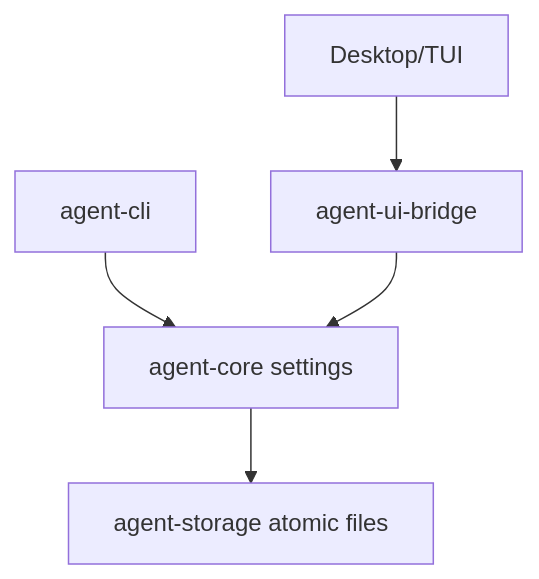
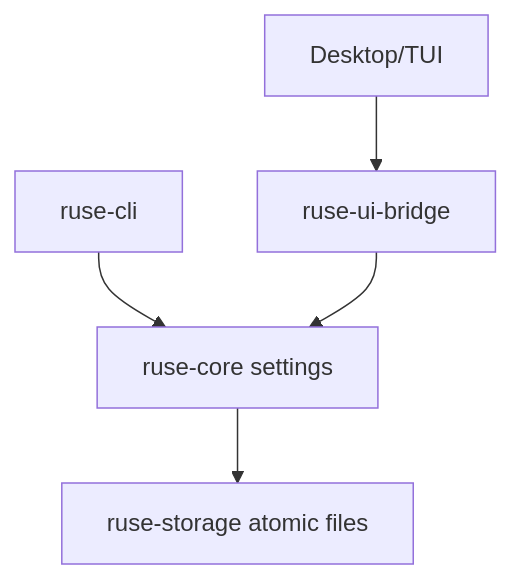
Before and after one commit to poneding/agent: the diagram in docs/specs/M25-01-platform-paths-settings.spec.md, drawn with Mermaid. The commit also changed other lines of this file and 2091 other files, not shown here.

First line of the commit message:
refactor: rename agent branding to ruse

````diff
--- a/docs/specs/M25-01-platform-paths-settings.spec.md
+++ b/docs/specs/M25-01-platform-paths-settings.spec.md
@@ -32,7 +32,7 @@
 ```mermaid
 flowchart TD
-  CLI["agent-cli"] --> Core["agent-core settings"]
-  Desktop["Desktop/TUI"] --> Bridge["agent-ui-bridge"]
+  CLI["ruse-cli"] --> Core["ruse-core settings"]
+  Desktop["Desktop/TUI"] --> Bridge["ruse-ui-bridge"]
   Bridge --> Core
-  Core --> Storage["agent-storage atomic files"]
+  Core --> Storage["ruse-storage atomic files"]
 ```
````
